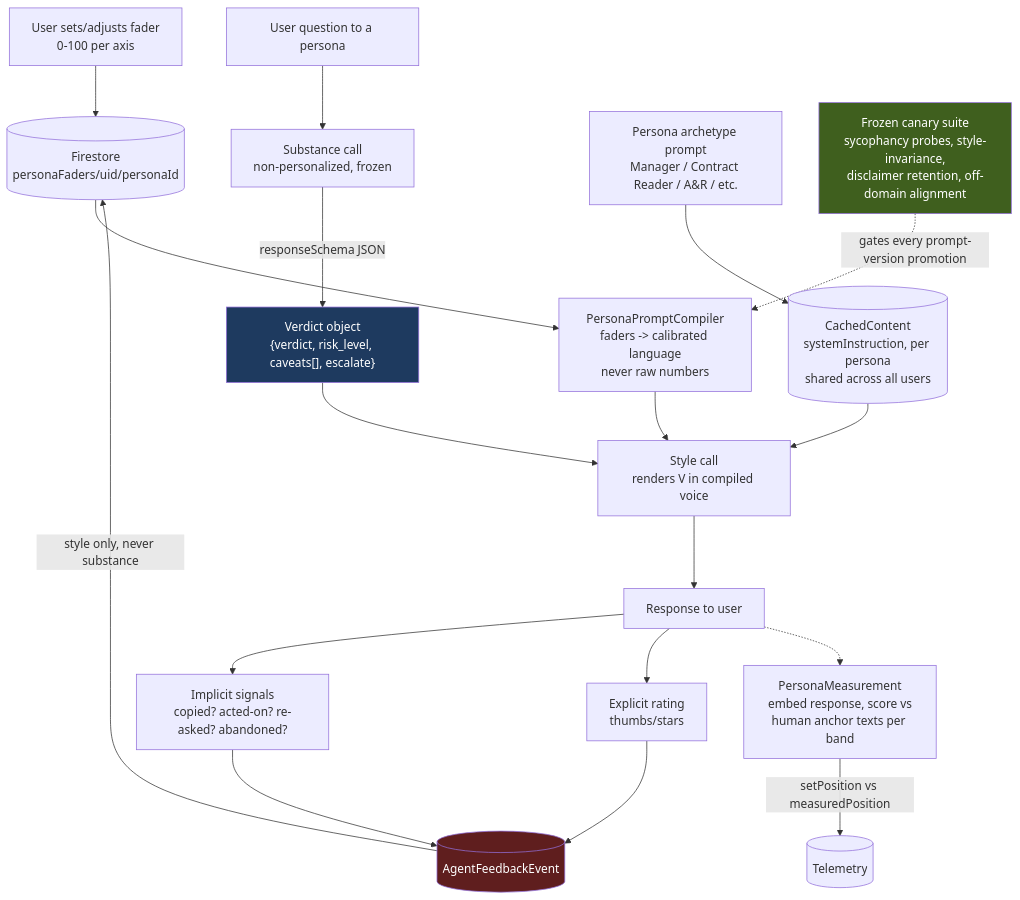
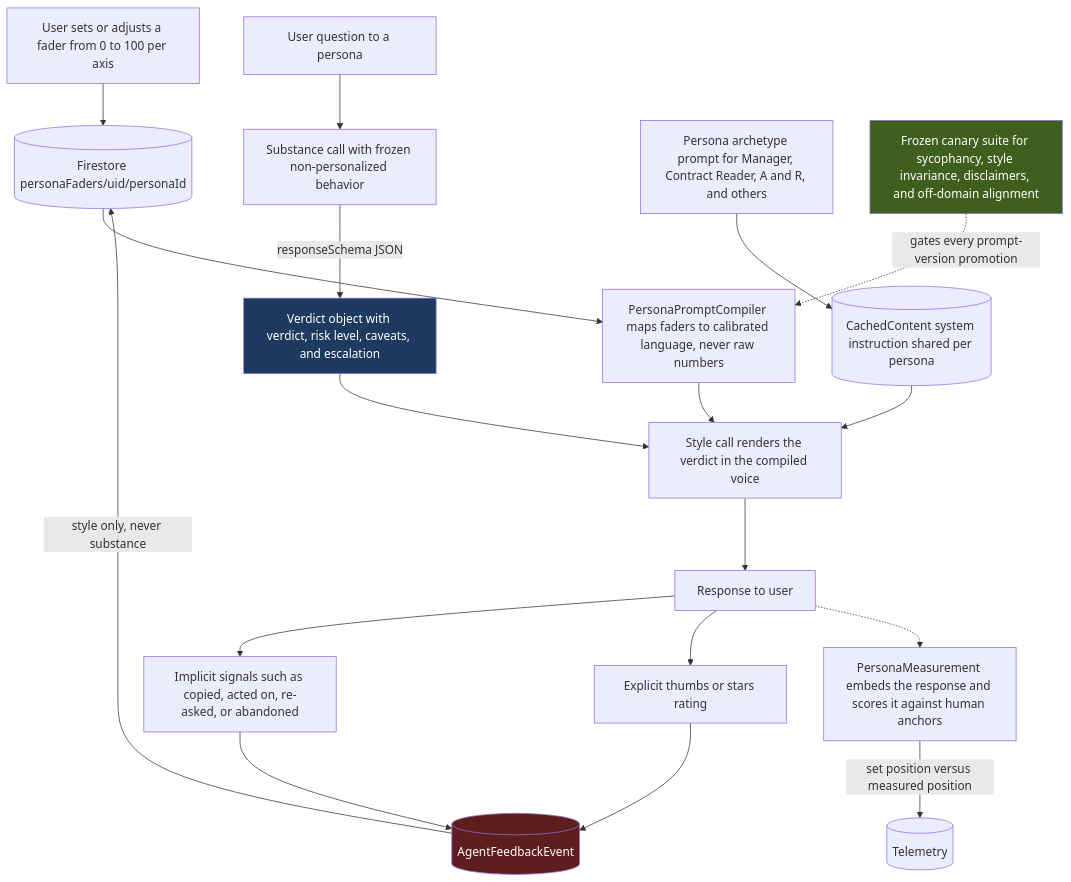
The diagram in docs/flowcharts/evolas-t1-macro.md (indii-music-founder/indii-music-founder), drawn with Mermaid before and after one commit. The commit also changed other lines of this file and 22 other files, not shown here.

````diff
--- a/docs/flowcharts/evolas-t1-macro.md
+++ b/docs/flowcharts/evolas-t1-macro.md
@@ -8,30 +8,30 @@
 ```mermaid
 flowchart TD
-    U[User sets/adjusts fader<br/>0-100 per axis] --> FS[(Firestore<br/>personaFaders/uid/personaId)]
+    U["User sets or adjusts a fader from 0 to 100 per axis"] --> FS[("Firestore personaFaders/uid/personaId")]
 
-    Q[User question to a persona] --> SUB[Substance call<br/>non-personalized, frozen]
-    SUB -->|responseSchema JSON| V["Verdict object<br/>{verdict, risk_level, caveats[], escalate}"]
+    Q["User question to a persona"] --> SUB["Substance call with frozen non-personalized behavior"]
+    SUB -->|"responseSchema JSON"| V["Verdict object with verdict, risk level, caveats, and escalation"]
 
-    FS --> COMP[PersonaPromptCompiler<br/>faders -> calibrated language<br/>never raw numbers]
-    PERSONA[Persona archetype prompt<br/>Manager / Contract Reader / A&R / etc.] --> CACHE[(CachedContent<br/>systemInstruction, per persona<br/>shared across all users)]
+    FS --> COMP["PersonaPromptCompiler maps faders to calibrated language, never raw numbers"]
+    PERSONA["Persona archetype prompt for Manager, Contract Reader, A and R, and others"] --> CACHE[("CachedContent system instruction shared per persona")]
 
-    COMP --> STYLE[Style call<br/>renders V in compiled voice]
+    COMP --> STYLE["Style call renders the verdict in the compiled voice"]
     CACHE --> STYLE
     V --> STYLE
-    STYLE --> R[Response to user]
+    STYLE --> R["Response to user"]
 
-    R --> IMP[Implicit signals<br/>copied? acted-on? re-asked? abandoned?]
-    R --> RATE[Explicit rating<br/>thumbs/stars]
-    IMP --> FB[(AgentFeedbackEvent)]
+    R --> IMP["Implicit signals such as copied, acted on, re-asked, or abandoned"]
+    R --> RATE["Explicit thumbs or stars rating"]
+    IMP --> FB[("AgentFeedbackEvent")]
     RATE --> FB
-    FB -->|style only, never substance| FS
+    FB -->|"style only, never substance"| FS
 
-    R -.-> MEAS[PersonaMeasurement<br/>embed response, score vs<br/>human anchor texts per band]
-    MEAS -->|setPosition vs measuredPosition| TEL[(Telemetry)]
+    R -.-> MEAS["PersonaMeasurement embeds the response and scores it against human anchors"]
+    MEAS -->|"set position versus measured position"| TEL[("Telemetry")]
 
-    CANARY[Frozen canary suite<br/>sycophancy probes, style-invariance,<br/>disclaimer retention, off-domain alignment] -.->|gates every prompt-version promotion| COMP
+    CANARY["Frozen canary suite for sycophancy, style invariance, disclaimers, and off-domain alignment"] -.->|"gates every prompt-version promotion"| COMP
 
     style V fill:#1e3a5f,color:#fff
     style FB fill:#5f1e1e,color:#fff
     style CANARY fill:#3f5f1e,color:#fff
 ```
````
